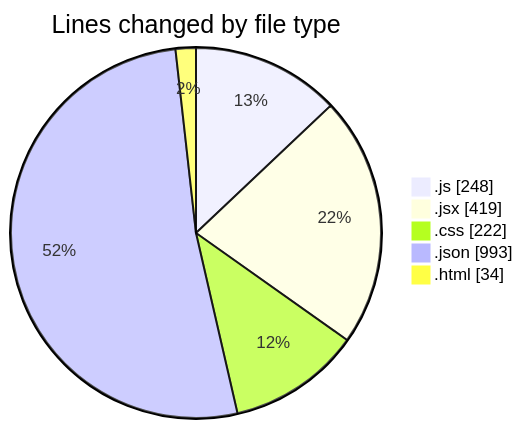
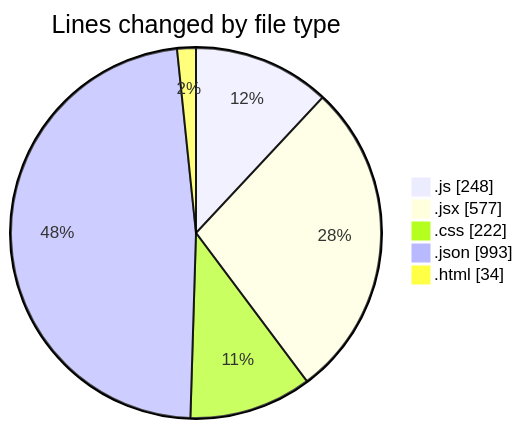
One commit to Ritupan-Deka/code-tracking changed the first of 2 diagrams in 2025-07-01/urlwebwalatask/README.md. Above: the diagram before and after it, drawn with Mermaid. The commit also changed other lines of this file and 1 other file, not shown here.

````diff
--- a/2025-07-01/urlwebwalatask/README.md
+++ b/2025-07-01/urlwebwalatask/README.md
@@ -31,9 +31,9 @@
 ```mermaid
 pie showData
 title Lines changed by file type
 ".js" : 248
-".jsx" : 419
+".jsx" : 577
 ".css" : 222
 ".json" : 993
 ".html" : 34
 ```
````
